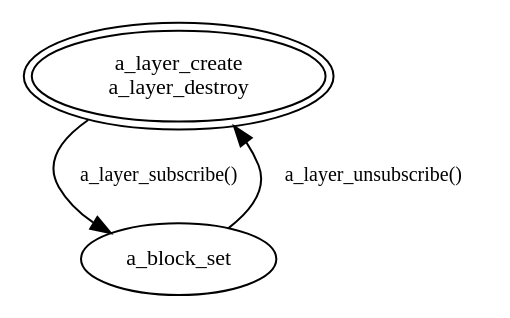
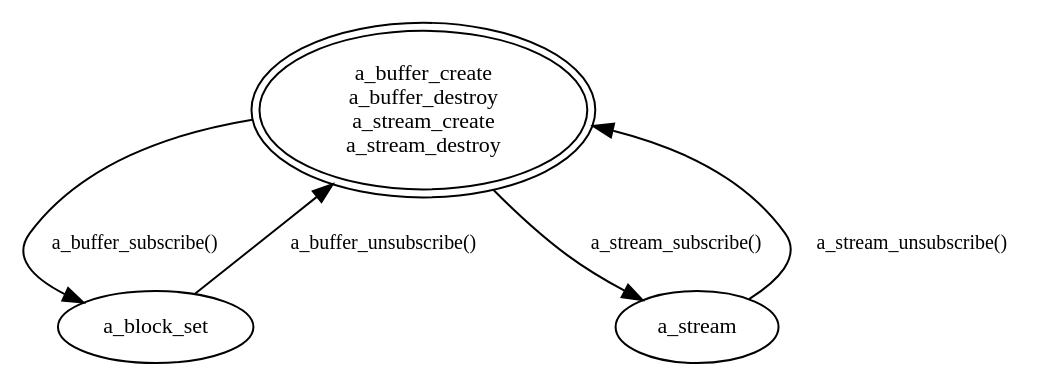
Before and after one commit to versenaut/verse-spec: the diagram in media/subscription/subscription-a.dot, drawn with Graphviz.

Commit message:
Added stream to subscription graph; corrected internal node name

```diff
--- a/media/subscription/subscription-a.dot
+++ b/media/subscription/subscription-a.dot
@@ -1,15 +1,19 @@
 /*
 ** Audio subscription graph.
 */
 
 digraph subscription {
 	node [label="\N", shape="ellipse", fontsize="11"];
 	edge [fontsize="10"];
 
-	text -> buffer [label="a_layer_subscribe()"];
-	buffer -> text [label="a_layer_unsubscribe()"];
+	audio -> buffer [label="a_buffer_subscribe()"];
+	buffer -> audio [label="a_buffer_unsubscribe()"];
 
 	buffer [label="a_block_set"];
 
-	text [peripheries="2", label="a_layer_create\na_layer_destroy"];
+	audio -> stream [label="a_stream_subscribe()"];
+	stream -> audio [label="a_stream_unsubscribe()"];
+	stream [label="a_stream"];
+
+	audio [peripheries="2", label="a_buffer_create\na_buffer_destroy\na_stream_create\na_stream_destroy"];
 }
```
